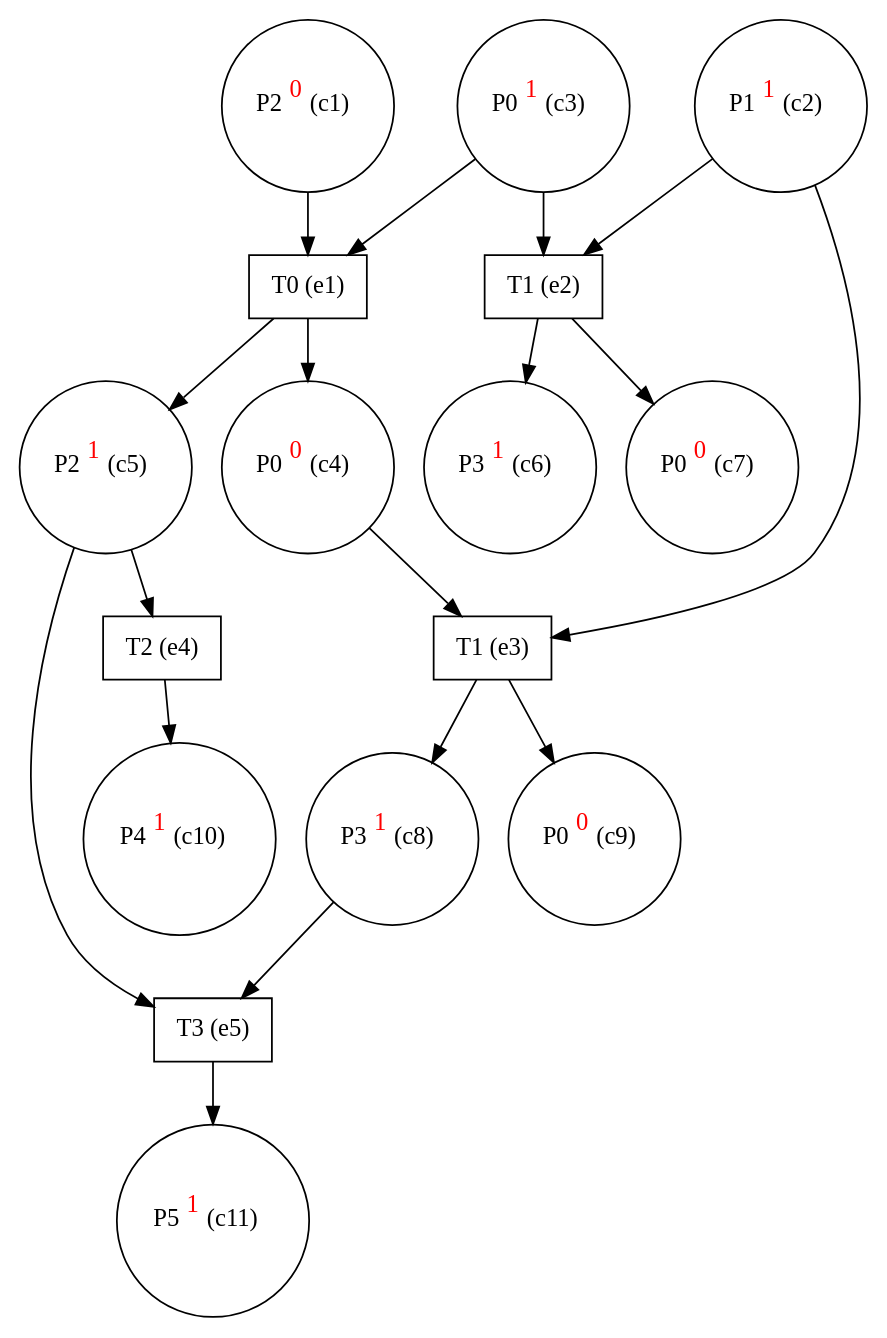
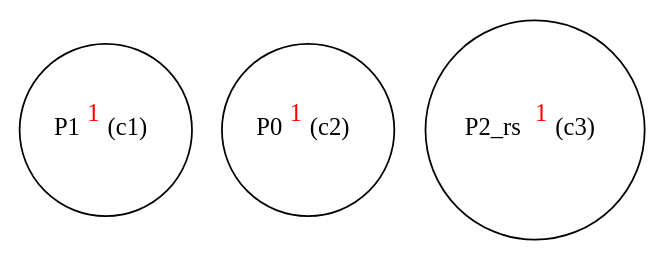
The diagram in small_eg.dot (giannkas/ecofolder), drawn with Graphviz before and after one commit. The commit also changed 19 other files, not shown here.

```diff
--- a/small_eg.dot
+++ b/small_eg.dot
@@ -1,35 +1,5 @@
 digraph test {
-  c1 -> e1;
-  c2 -> e3;
-  c2 -> e2;
-  c3 -> e2;
-  c3 -> e1;
-  e1 -> c4;
-  c4 -> e3;
-  e1 -> c5;
-  c5 -> e5;
-  c5 -> e4;
-  e2 -> c6;
-  e2 -> c7;
-  e3 -> c8;
-  c8 -> e5;
-  e3 -> c9;
-  e4 -> c10;
-  e5 -> c11;
-  c1 [label= <P2<FONT COLOR="red"><SUP>0</SUP></FONT>&nbsp;(c1)> shape=circle];
-  c2 [label= <P1<FONT COLOR="red"><SUP>1</SUP></FONT>&nbsp;(c2)> shape=circle];
-  c3 [label= <P0<FONT COLOR="red"><SUP>1</SUP></FONT>&nbsp;(c3)> shape=circle];
-  c4 [label= <P0<FONT COLOR="red"><SUP>0</SUP></FONT>&nbsp;(c4)> shape=circle];
-  c5 [label= <P2<FONT COLOR="red"><SUP>1</SUP></FONT>&nbsp;(c5)> shape=circle];
-  c6 [label= <P3<FONT COLOR="red"><SUP>1</SUP></FONT>&nbsp;(c6)> shape=circle];
-  c7 [label= <P0<FONT COLOR="red"><SUP>0</SUP></FONT>&nbsp;(c7)> shape=circle];
-  c8 [label= <P3<FONT COLOR="red"><SUP>1</SUP></FONT>&nbsp;(c8)> shape=circle];
-  c9 [label= <P0<FONT COLOR="red"><SUP>0</SUP></FONT>&nbsp;(c9)> shape=circle];
-  c10 [label= <P4<FONT COLOR="red"><SUP>1</SUP></FONT>&nbsp;(c10)> shape=circle];
-  c11 [label= <P5<FONT COLOR="red"><SUP>1</SUP></FONT>&nbsp;(c11)> shape=circle];
-  e1 [label="T0 (e1)" shape=box];
-  e2 [label="T1 (e2)" shape=box];
-  e3 [label="T1 (e3)" shape=box];
-  e4 [label="T2 (e4)" shape=box];
-  e5 [label="T3 (e5)" shape=box];
+  c1 [label= <P1<FONT COLOR="red"><SUP>1</SUP></FONT>&nbsp;(c1)> shape=circle];
+  c2 [label= <P0<FONT COLOR="red"><SUP>1</SUP></FONT>&nbsp;(c2)> shape=circle];
+  c3 [label= <P2_rs<FONT COLOR="red"><SUP>1</SUP></FONT>&nbsp;(c3)> shape=circle];
 }
```
